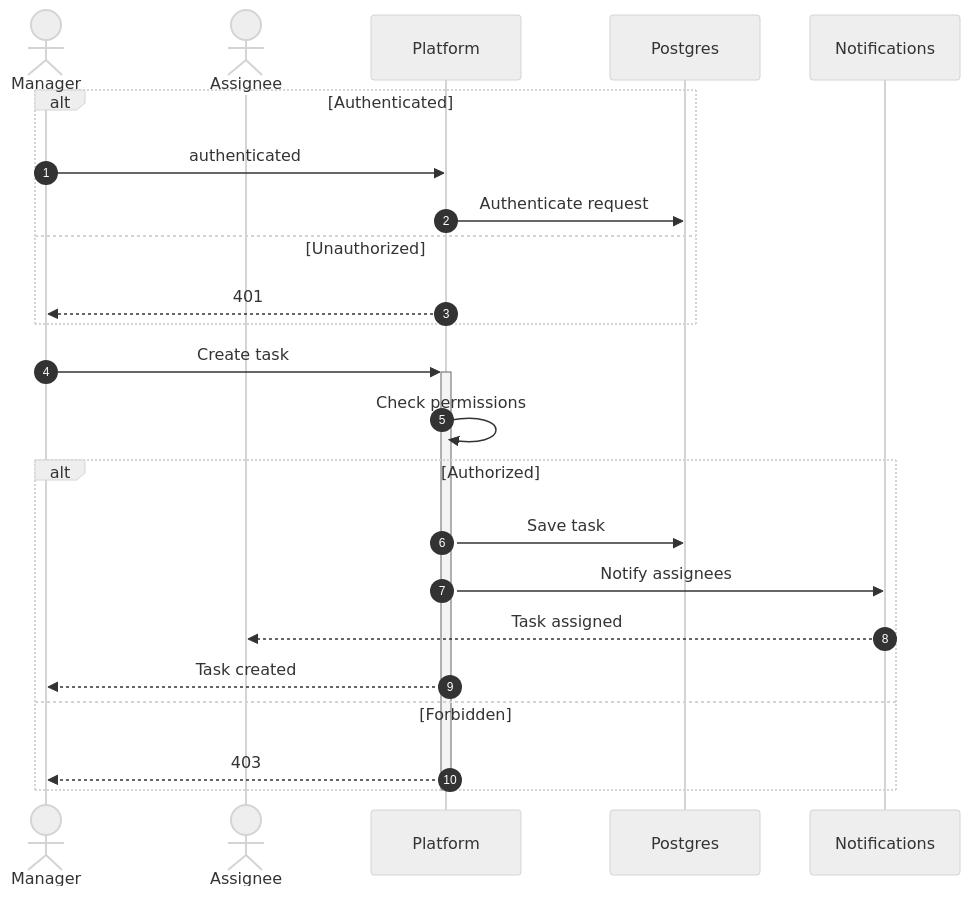
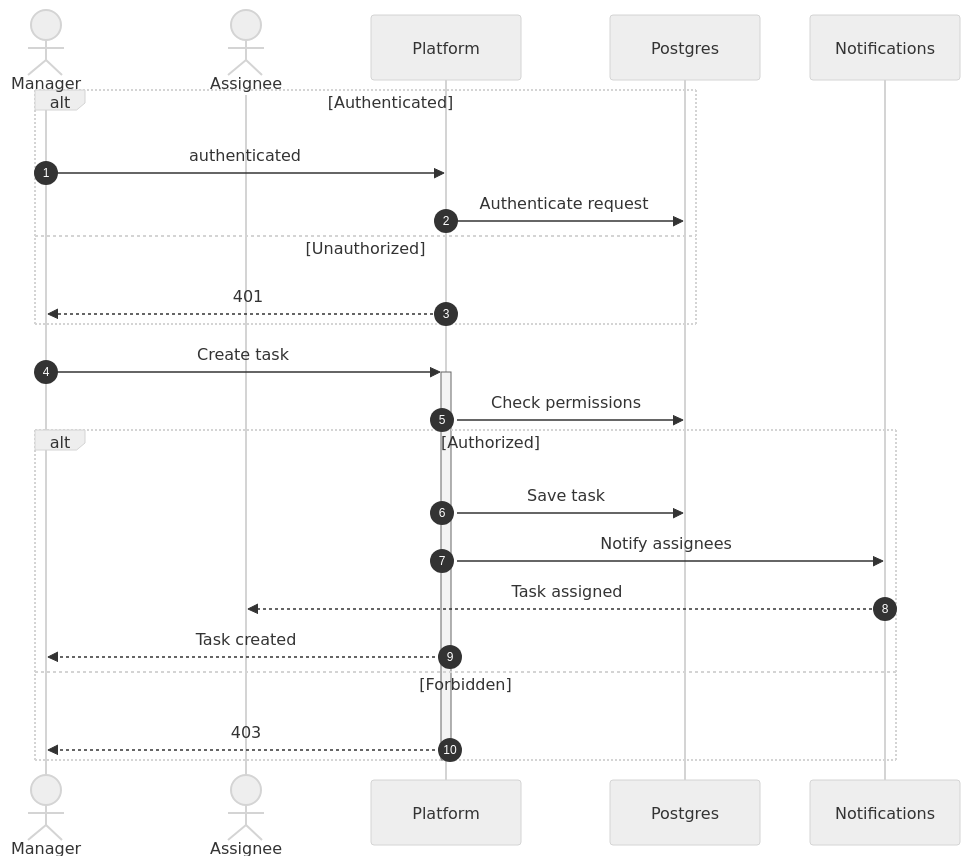
Diagram 11 of 16 in docs/SEQUENCE_DIAGRAMS.md (MohamedChebbi123/teamnest), drawn with Mermaid (neutral theme) before and after one commit. The commit also changed other lines of this file, not shown here.

````diff
--- a/docs/SEQUENCE_DIAGRAMS.md
+++ b/docs/SEQUENCE_DIAGRAMS.md
@@ -398,28 +398,28 @@
 ```mermaid
 sequenceDiagram
     autonumber
     actor Manager
     actor Assignee
     participant API as Platform
     participant DB as Postgres
     participant Notif as Notifications
 
     alt Authenticated
         Manager->>API: authenticated
         API->>DB: Authenticate request
     else Unauthorized
         API-->>Manager: 401
     end
 
     Manager->>+API: Create task
-    API->>API: Check permissions
+    API->>DB: Check permissions
     alt Authorized
         API->>DB: Save task
         API->>Notif: Notify assignees
         Notif-->>Assignee: Task assigned
         API-->>Manager: Task created
     else Forbidden
         API-->>Manager: 403
     end
     deactivate API
 ```
````
